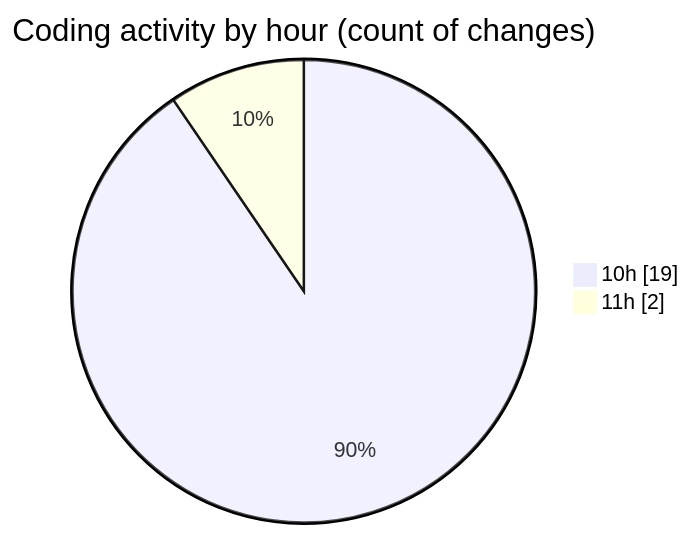
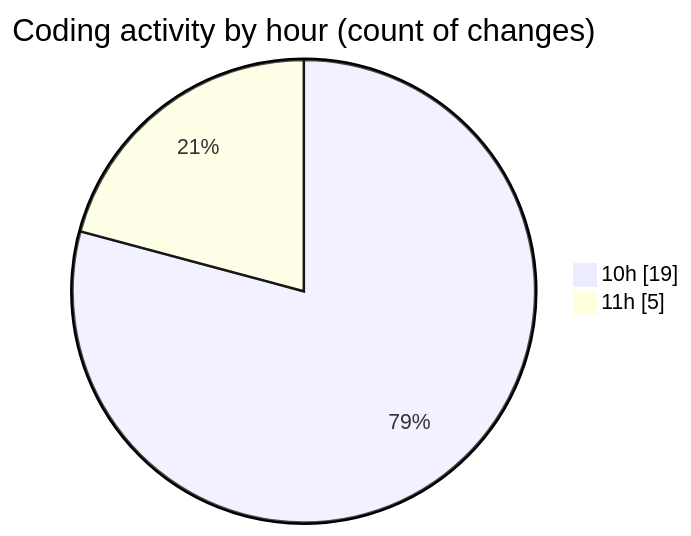
One commit to momahboobian/code-tracking changed the second of 2 diagrams in 2025-03-18/cda/README.md. Above: the diagram before and after it, drawn with Mermaid. The commit also changed other lines of this file and 1 other file, not shown here.

````diff
--- a/2025-03-18/cda/README.md
+++ b/2025-03-18/cda/README.md
@@ -41,6 +42,6 @@
 ```mermaid
 pie showData
 title Coding activity by hour (count of changes)
 "10h" : 19
-"11h" : 2
+"11h" : 5
 ```
````
